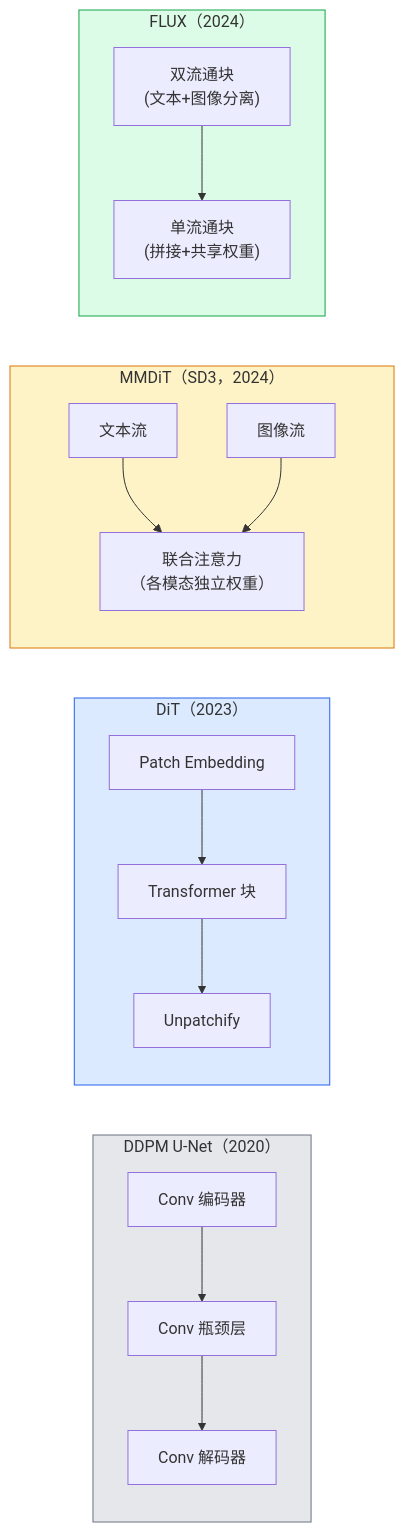
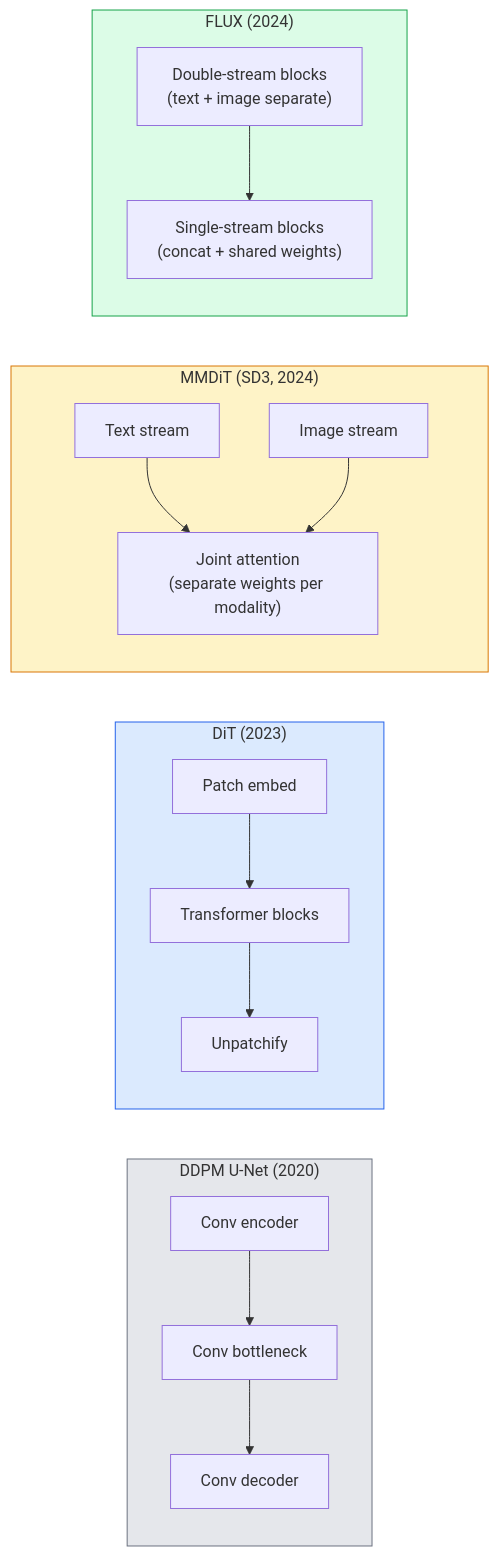
Before and after one commit to xiaojiaenen/ai-engineering-from-scratch-zh: the diagram in i18n/zh/phases/04-computer-vision/23-diffusion-transformers-rectified-flow/docs/zh.md, drawn with Mermaid. The commit also changed other lines of this file and 28 other files, not shown here.

````diff
--- a/i18n/zh/phases/04-computer-vision/23-diffusion-transformers-rectified-flow/docs/zh.md
+++ b/i18n/zh/phases/04-computer-vision/23-diffusion-transformers-rectified-flow/docs/zh.md
@@ -29,21 +29,21 @@
 ```mermaid
 flowchart LR
-    subgraph UNET["DDPM U-Net（2020）"]
-        U1["Conv 编码器"] --> U2["Conv 瓶颈层"] --> U3["Conv 解码器"]
+    subgraph UNET["DDPM U-Net (2020)"]
+        U1["Conv encoder"] --> U2["Conv bottleneck"] --> U3["Conv decoder"]
     end
-    subgraph DIT["DiT（2023）"]
-        D1["Patch Embedding"] --> D2["Transformer 块"] --> D3["Unpatchify"]
+    subgraph DIT["DiT (2023)"]
+        D1["Patch embed"] --> D2["Transformer blocks"] --> D3["Unpatchify"]
     end
-    subgraph MMDIT["MMDiT（SD3，2024）"]
-        M1["文本流"] --> M3["联合注意力<br/>（各模态独立权重）"]
-        M2["图像流"] --> M3
+    subgraph MMDIT["MMDiT (SD3, 2024)"]
+        M1["Text stream"] --> M3["Joint attention<br/>(separate weights per modality)"]
+        M2["Image stream"] --> M3
     end
-    subgraph FLUX["FLUX（2024）"]
-        F1["双流通块<br/>(文本+图像分离)"] --> F2["单流通块<br/>(拼接+共享权重)"]
+    subgraph FLUX["FLUX (2024)"]
+        F1["Double-stream blocks<br/>(text + image separate)"] --> F2["Single-stream blocks<br/>(concat + shared weights)"]
     end
 
     style UNET fill:#e5e7eb,stroke:#6b7280
     style DIT fill:#dbeafe,stroke:#2563eb
     style MMDIT fill:#fef3c7,stroke:#d97706
     style FLUX fill:#dcfce7,stroke:#16a34a
 ```
````
